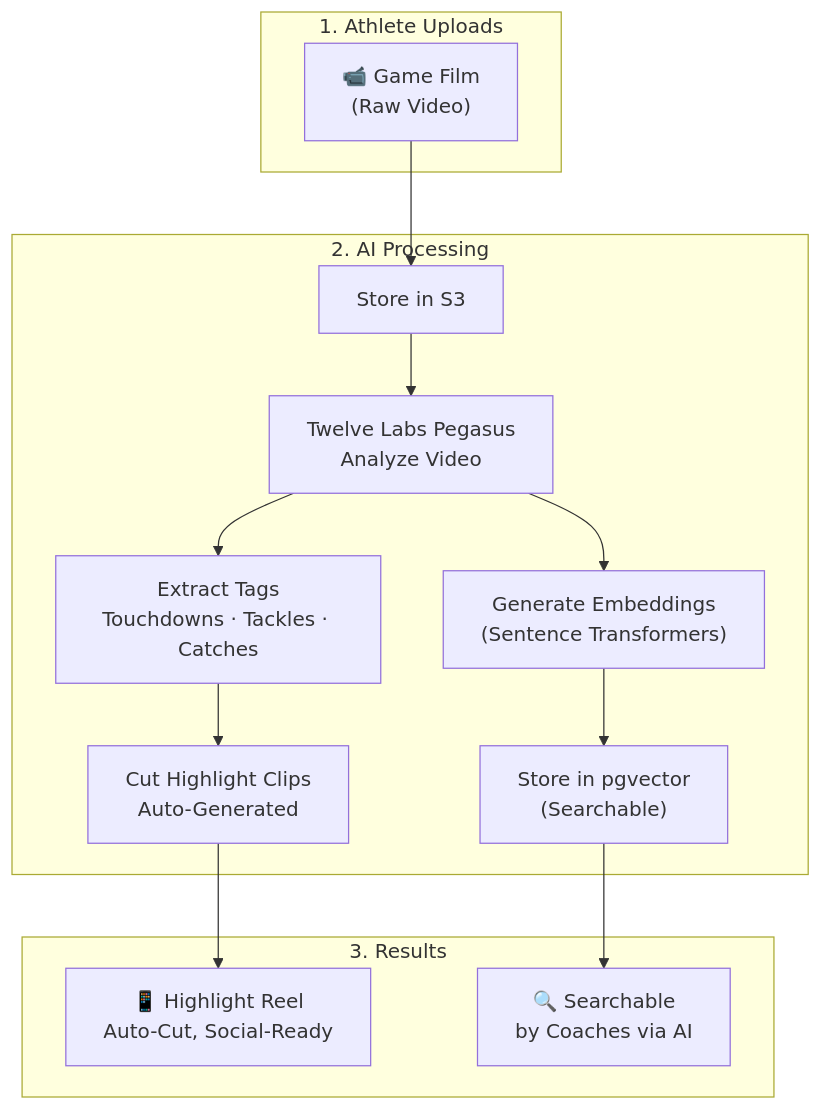
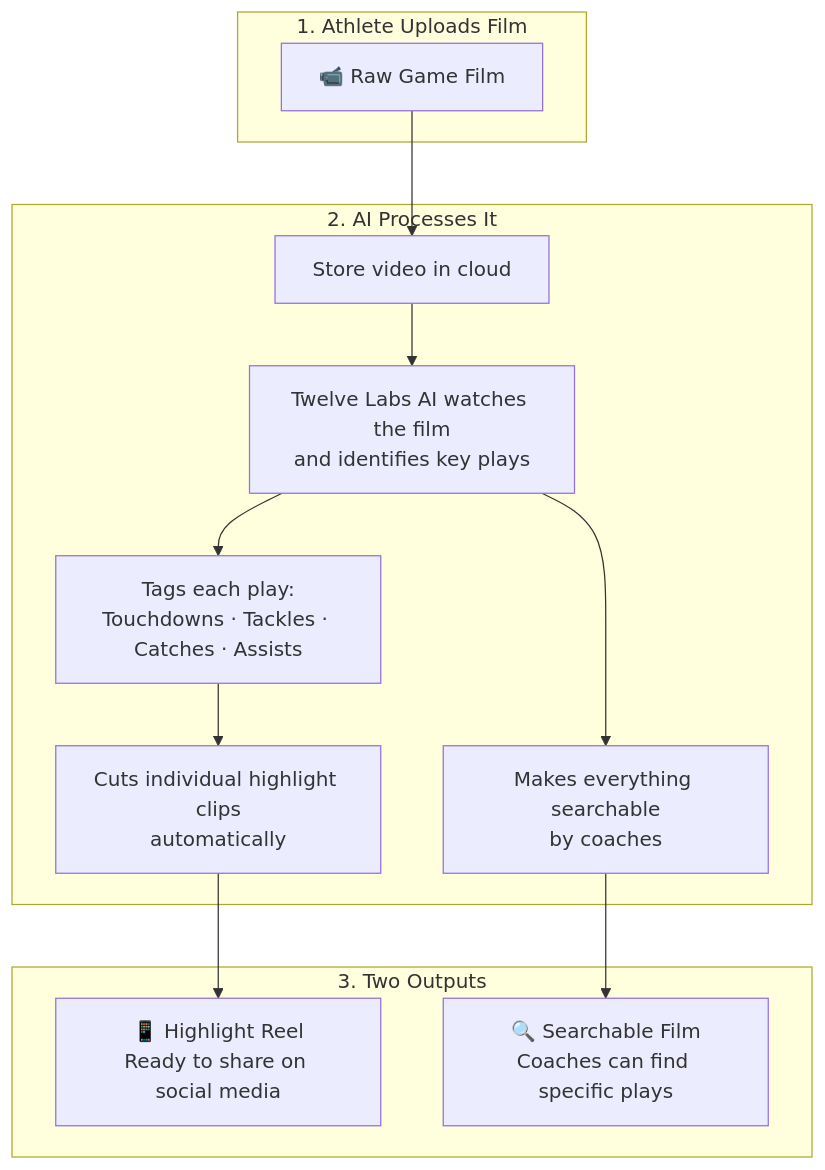
The eighth of 13 diagrams in STRATEGY.md (huttonbenj/The-Prowler), drawn with Mermaid before and after one commit. The commit also changed other lines of this file and 1 other file, not shown here.

Commit message:
Rewrite all docs: professional tone, plain English, Preston-ready, all jargon explained

````diff
--- a/STRATEGY.md
+++ b/STRATEGY.md
@@ -349,23 +290,22 @@
 ```mermaid
 flowchart TB
-    subgraph Upload["1. Athlete Uploads"]
-        VID["📹 Game Film<br/>(Raw Video)"]
+    subgraph Upload["1. Athlete Uploads Film"]
+        VID["📹 Raw Game Film"]
     end
 
-    subgraph Process["2. AI Processing"]
-        S3U["Store in S3"]
-        TL["Twelve Labs Pegasus<br/>Analyze Video"]
-        TAG["Extract Tags<br/>Touchdowns · Tackles · Catches"]
-        CLIP["Cut Highlight Clips<br/>Auto-Generated"]
-        EMB["Generate Embeddings<br/>(Sentence Transformers)"]
-        PGV["Store in pgvector<br/>(Searchable)"]
+    subgraph Process["2. AI Processes It"]
+        STORE["Store video in cloud"]
+        ANALYZE["Twelve Labs AI watches the film<br/>and identifies key plays"]
+        TAG["Tags each play:<br/>Touchdowns · Tackles · Catches · Assists"]
+        CLIP["Cuts individual highlight clips<br/>automatically"]
+        INDEX["Makes everything searchable<br/>by coaches"]
     end
 
-    subgraph Output["3. Results"]
-        REEL["📱 Highlight Reel<br/>Auto-Cut, Social-Ready"]
-        SEARCH["🔍 Searchable<br/>by Coaches via AI"]
+    subgraph Output["3. Two Outputs"]
+        REEL["📱 Highlight Reel<br/>Ready to share on social media"]
+        SEARCH["🔍 Searchable Film<br/>Coaches can find specific plays"]
     end
 
-    VID --> S3U --> TL --> TAG --> CLIP --> REEL
-    TL --> EMB --> PGV --> SEARCH
+    VID --> STORE --> ANALYZE --> TAG --> CLIP --> REEL
+    ANALYZE --> INDEX --> SEARCH
 ```
````
